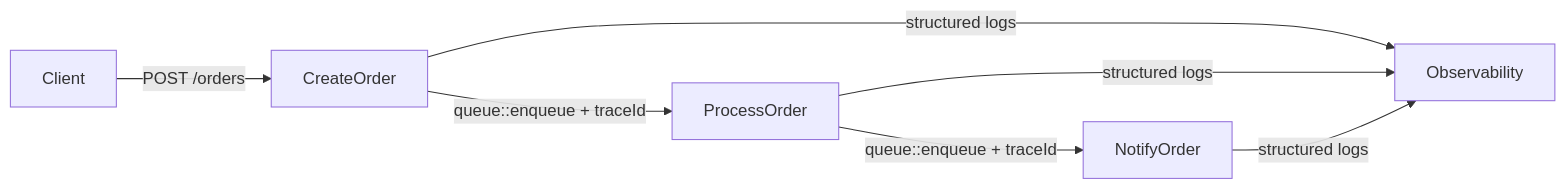
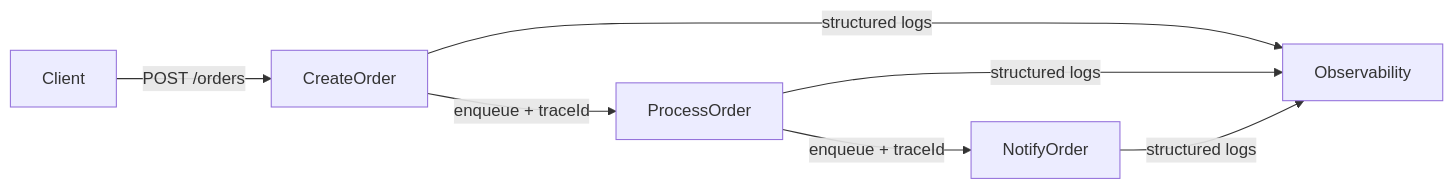
One commit to iii-hq/docs changed the diagram in content/examples/observability.mdx. Above: the diagram before and after it, drawn with Mermaid. The commit also changed other lines of this file and 27 other files, not shown here.

````diff
--- a/content/examples/observability.mdx
+++ b/content/examples/observability.mdx
@@ -9,7 +9,7 @@
 ```mermaid
 graph LR
     Client -->|"POST /orders"| CreateOrder
-    CreateOrder -->|"queue::enqueue + traceId"| ProcessOrder
-    ProcessOrder -->|"queue::enqueue + traceId"| NotifyOrder
+    CreateOrder -->|"enqueue + traceId"| ProcessOrder
+    ProcessOrder -->|"enqueue + traceId"| NotifyOrder
     CreateOrder & ProcessOrder & NotifyOrder -->|"structured logs"| Observability
 ```
````
